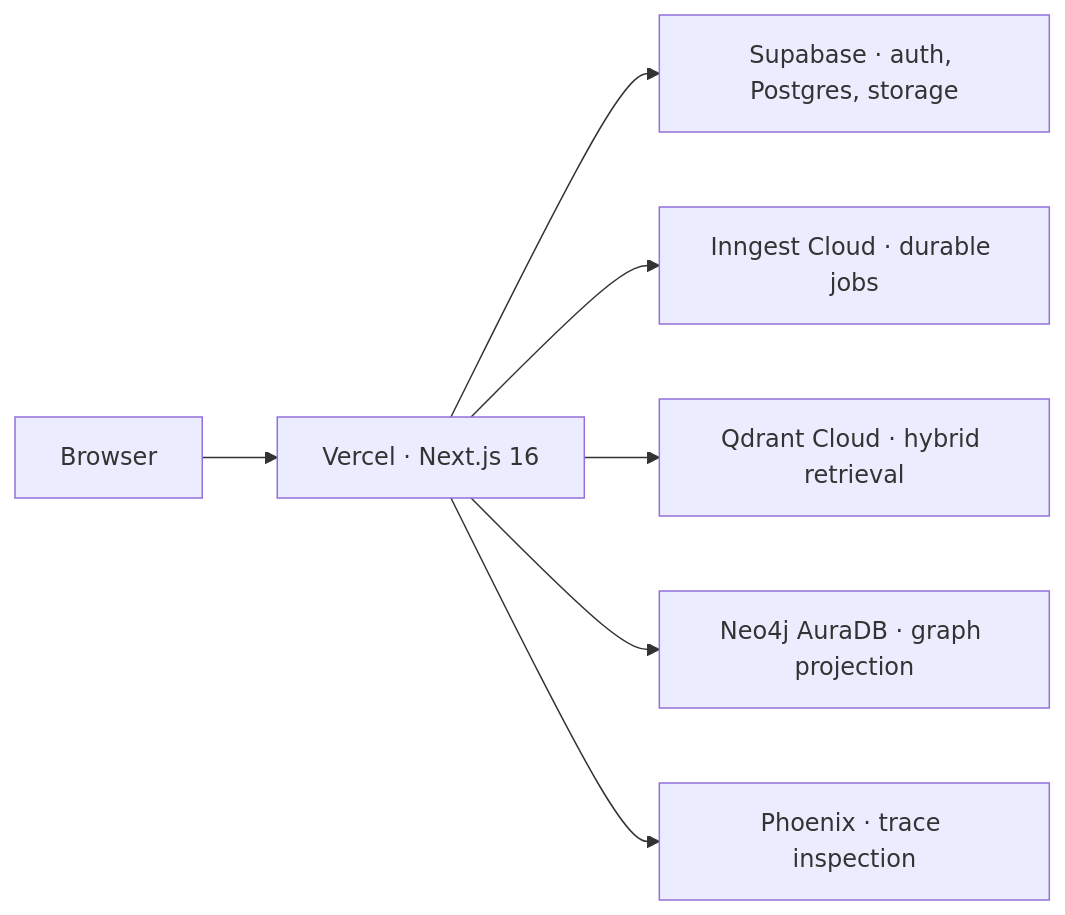
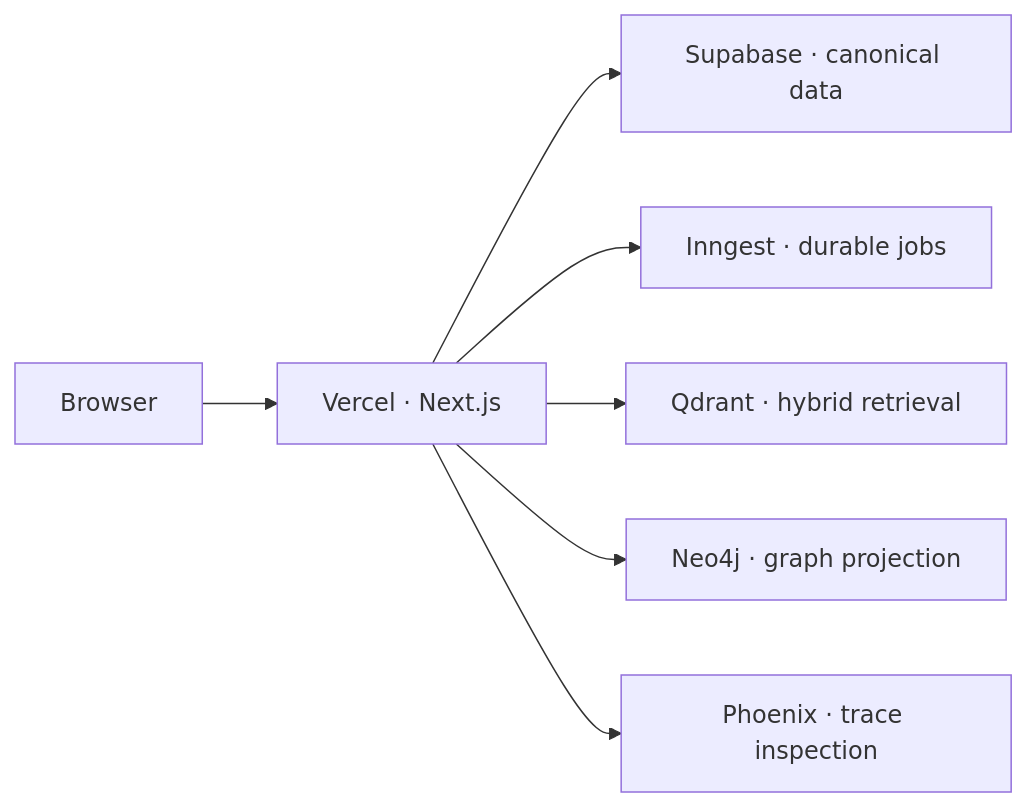
One commit to Dhruvg334/Tessarion changed the sixth of 6 diagrams in README.md. Above: the diagram before and after it, drawn with Mermaid. The commit also changed other lines of this file and 2 other files, not shown here.

````diff
--- a/README.md
+++ b/README.md
@@ -418,9 +341,9 @@
 ```mermaid
 flowchart LR
-    Browser --> Vercel[Vercel · Next.js 16]
-    Vercel --> Supabase[Supabase · auth, Postgres, storage]
-    Vercel --> Inngest[Inngest Cloud · durable jobs]
-    Vercel --> Qdrant[Qdrant Cloud · hybrid retrieval]
-    Vercel --> Neo4j[Neo4j AuraDB · graph projection]
+    Browser --> Vercel[Vercel · Next.js]
+    Vercel --> Supabase[Supabase · canonical data]
+    Vercel --> Inngest[Inngest · durable jobs]
+    Vercel --> Qdrant[Qdrant · hybrid retrieval]
+    Vercel --> Neo4j[Neo4j · graph projection]
     Vercel --> Phoenix[Phoenix · trace inspection]
 ```
````
